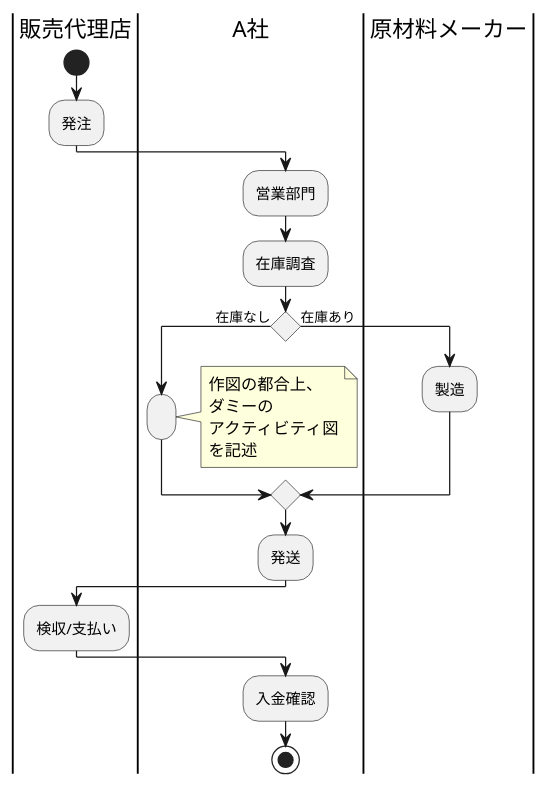
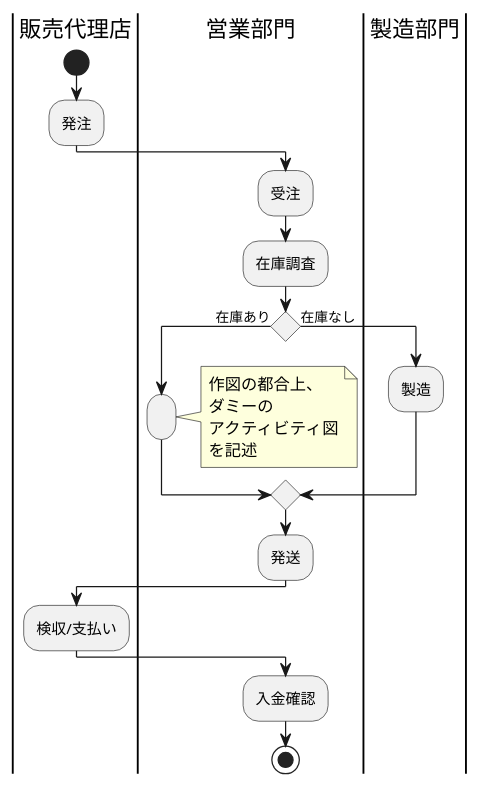
Before and after one commit to 05Uwa/uml-introduction: the diagram in 演習7-2_AC_製品を製造するアクティビティ図.pu, drawn with PlantUML.

Commit message:
修正

```diff
--- a/演習7-2_AC_製品を製造するアクティビティ図.pu
+++ b/演習7-2_AC_製品を製造するアクティビティ図.pu
@@ -1,28 +1,28 @@
 @startuml
 |販売代理店|
 start
 :発注;
-|A社|
-:営業部門;
+|営業部門|
+:受注;
 :在庫調査;
-if() then (在庫なし)
-|A社|
+if() then (在庫あり)
+|営業部門|
 :;
     note right
     作図の都合上、
     ダミーの
     アクティビティ図
     を記述
     end note
-else(在庫あり)
-|原材料メーカー|
+else(在庫なし)
+|製造部門|
 :製造;
 endif
-|A社|
+|営業部門|
 :発送;
 |販売代理店|
 :検収/支払い;
-|A社|
+|営業部門|
 :入金確認;
 stop
 @enduml
```
